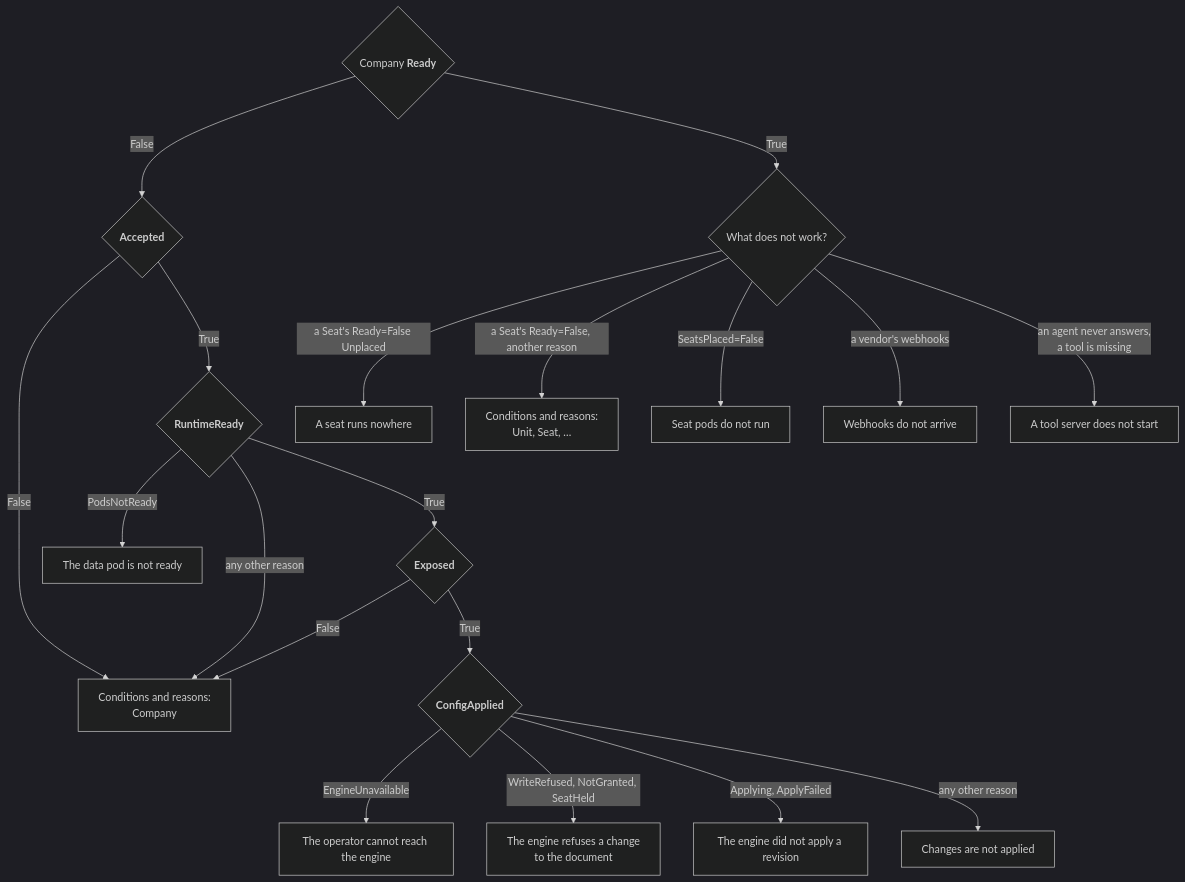
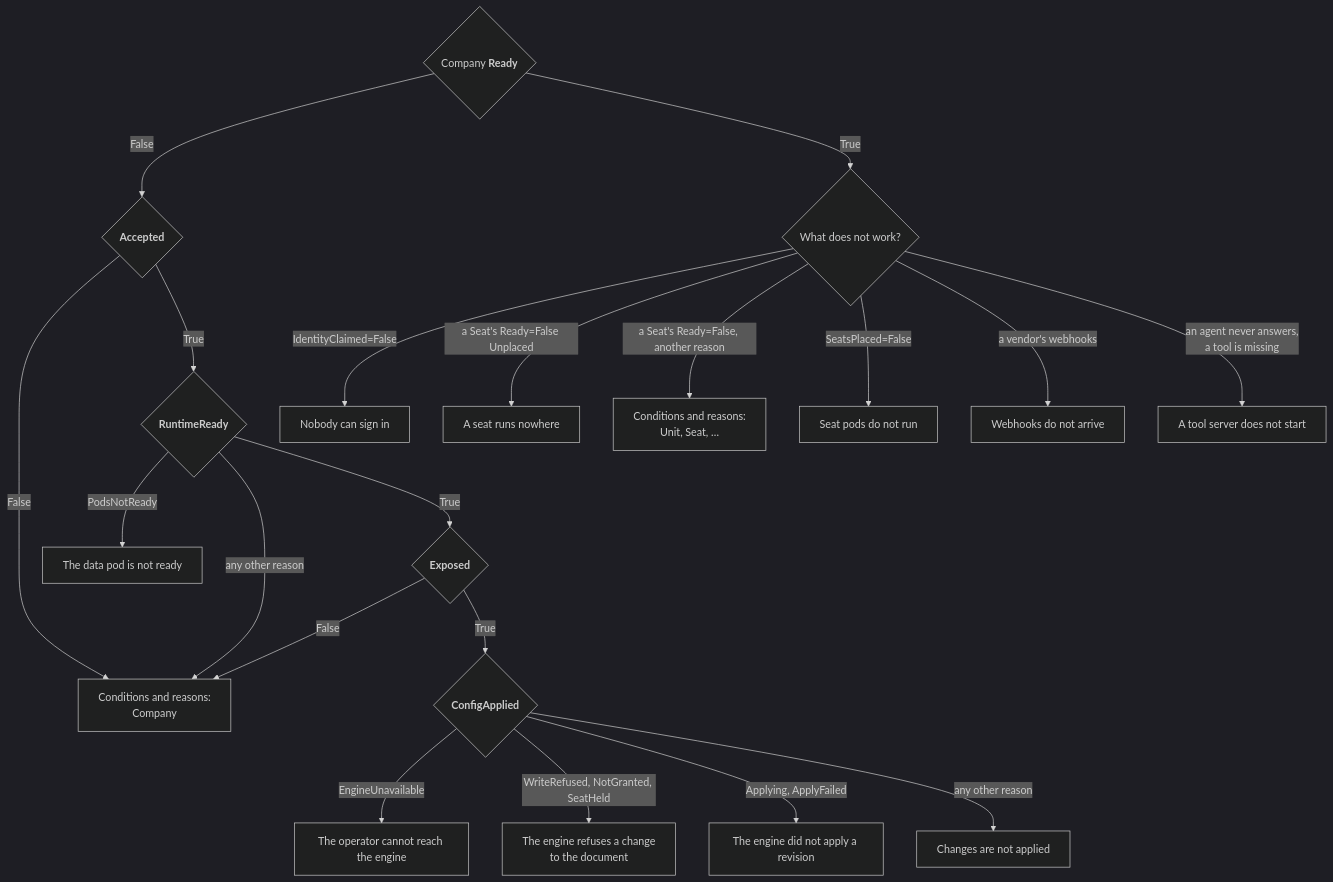
The diagram in docs/guides/troubleshooting.md (crewlet/crewlet-operator), drawn with Mermaid (dark theme) before and after one commit. The commit also changed other lines of this file and 8 other files, not shown here.

````diff
--- a/docs/guides/troubleshooting.md
+++ b/docs/guides/troubleshooting.md
@@ -22,22 +22,23 @@
 ```mermaid
 flowchart TD
     R{"Company <b>Ready</b>"}
     R -->|False| A{"<b>Accepted</b>"}
     R -->|True| SYM{"What does not work?"}
     A -->|False| CL["Conditions and reasons:<br/>Company"]
     A -->|True| RT{"<b>RuntimeReady</b>"}
     RT -->|PodsNotReady| POD["The data pod is not ready"]
     RT -->|"any other reason"| CL
     RT -->|True| EX{"<b>Exposed</b>"}
     EX -->|False| CL
     EX -->|True| CA{"<b>ConfigApplied</b>"}
     CA -->|EngineUnavailable| UN["The operator cannot reach the engine"]
     CA -->|"WriteRefused, NotGranted, SeatHeld"| WR["The engine refuses a change<br/>to the document"]
     CA -->|"Applying, ApplyFailed"| AF["The engine did not apply a revision"]
+    SYM -->|"IdentityClaimed=False"| NS["Nobody can sign in"]
     CA -->|"any other reason"| NA["Changes are not applied"]
     SYM -->|"a Seat's Ready=False Unplaced"| NW["A seat runs nowhere"]
     SYM -->|"a Seat's Ready=False, another reason"| CS["Conditions and reasons:<br/>Unit, Seat, …"]
     SYM -->|"SeatsPlaced=False"| SP["Seat pods do not run"]
     SYM -->|"a vendor's webhooks"| WH["Webhooks do not arrive"]
     SYM -->|"an agent never answers,<br/>a tool is missing"| TS["A tool server does not start"]
 ```
````
